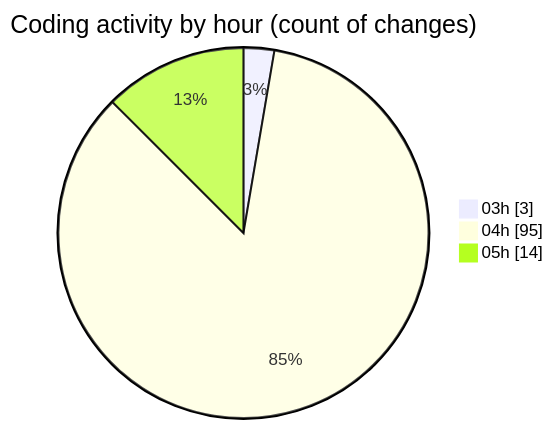
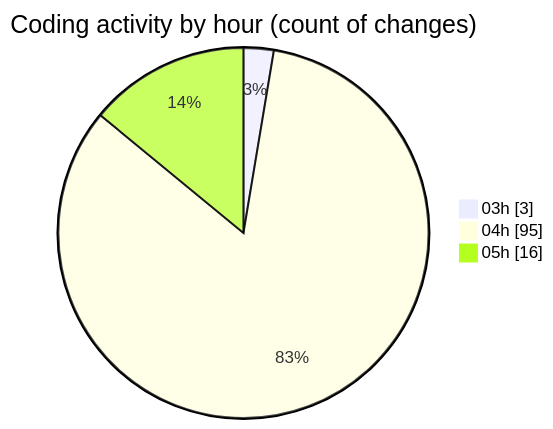
One commit to ernivani/code-tracking changed the second of 2 diagrams in 2025-01-03/tinycms/README.md. Above: the diagram before and after it, drawn with Mermaid. The commit also changed other lines of this file and 2 other files, not shown here.

````diff
--- a/2025-01-03/tinycms/README.md
+++ b/2025-01-03/tinycms/README.md
@@ -54,7 +54,7 @@
 ```mermaid
 pie showData
 title Coding activity by hour (count of changes)
 "03h" : 3
 "04h" : 95
-"05h" : 14
+"05h" : 16
 ```
````
